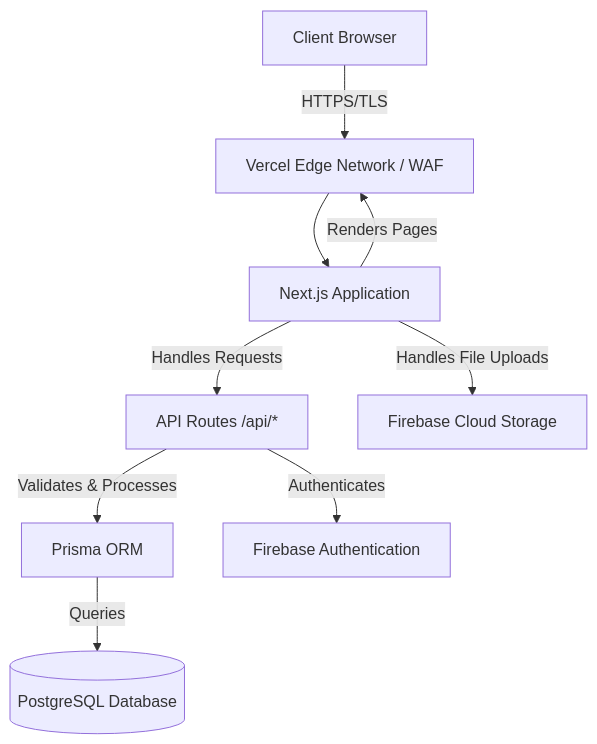
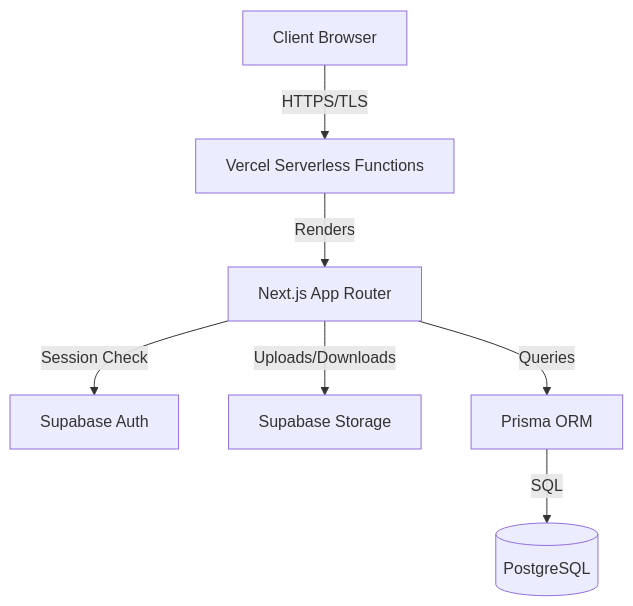
Before and after one commit to Yonas143/studio: the third of 3 diagrams in README.md, drawn with Mermaid. The commit also changed other lines of this file and 1 other file, not shown here.

````diff
--- a/README.md
+++ b/README.md
@@ -58,20 +114,17 @@
 ```mermaid
 graph TD
     Client[Client Browser]
-    VercelEdge[Vercel Edge Network / WAF]
-    NextApp[Next.js Application]
-    APIRoutes[API Routes /api/*]
+    Vercel[Vercel Serverless Functions]
+    NextJS[Next.js App Router]
+    SupabaseAuth[Supabase Auth]
+    SupabaseStorage[Supabase Storage]
     Prisma[Prisma ORM]
-    Database[(PostgreSQL Database)]
-    FirebaseAuth[Firebase Authentication]
-    FirebaseStorage[Firebase Cloud Storage]
+    PostgreSQL[(PostgreSQL)]
 
-    Client -- HTTPS/TLS --> VercelEdge
-    VercelEdge --> NextApp
-    NextApp -- Renders Pages --> VercelEdge
-    NextApp -- Handles Requests --> APIRoutes
-    APIRoutes -- Authenticates --> FirebaseAuth
-    APIRoutes -- Validates & Processes --> Prisma
-    Prisma -- Queries --> Database
-    NextApp -- Handles File Uploads --> FirebaseStorage
+    Client -- HTTPS/TLS --> Vercel
+    Vercel -- Renders --> NextJS
+    NextJS -- Session Check --> SupabaseAuth
+    NextJS -- Queries --> Prisma
+    Prisma -- SQL --> PostgreSQL
+    NextJS -- Uploads/Downloads --> SupabaseStorage
 ```
````
